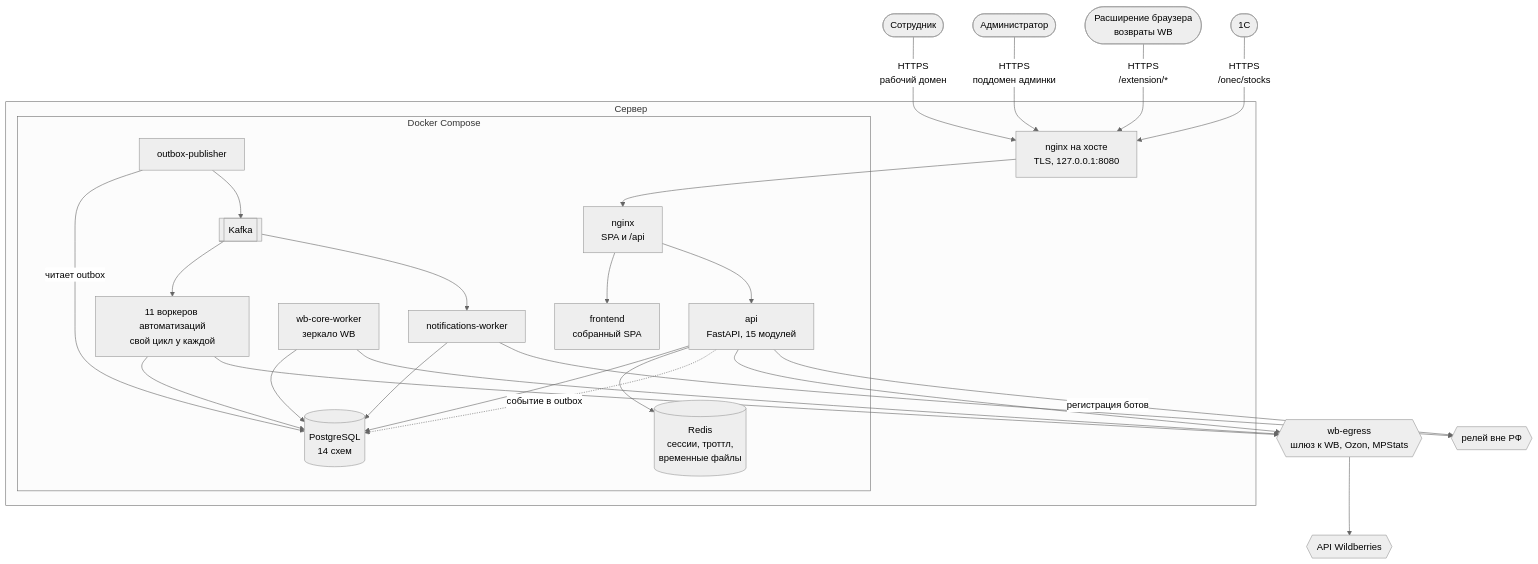
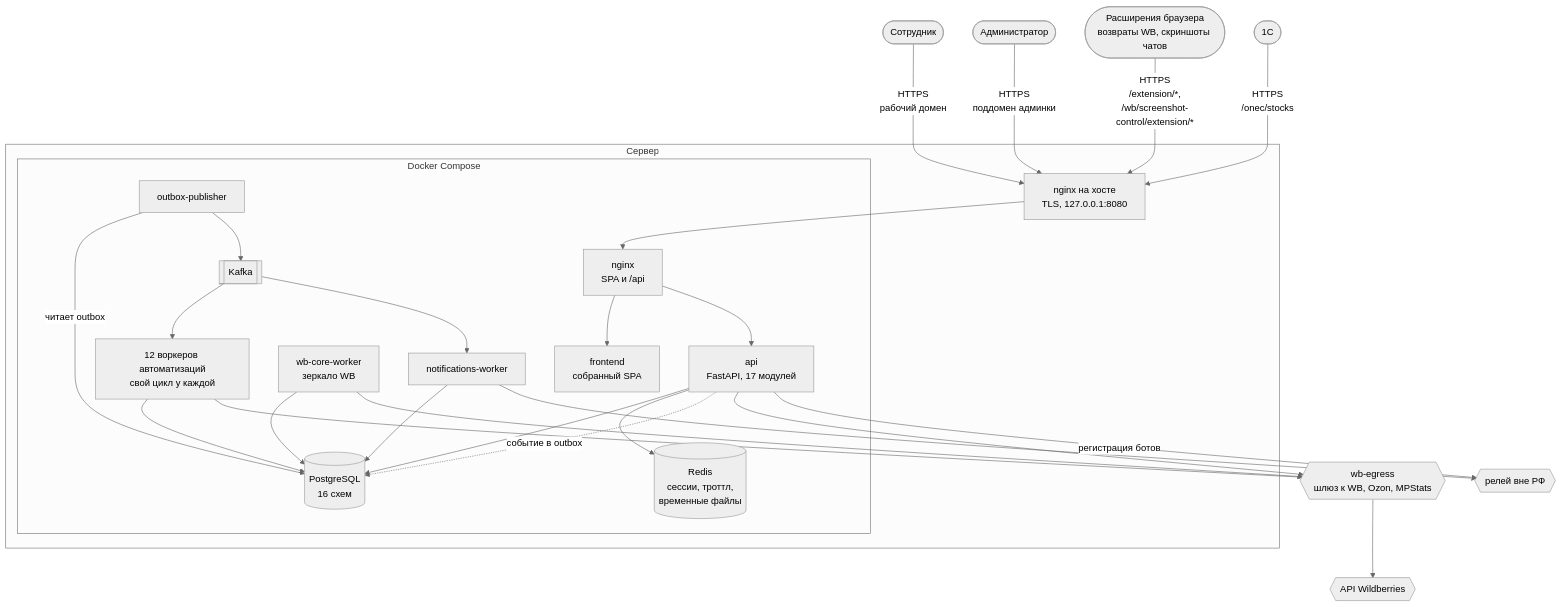
Before and after one commit to krionefishy/karbi: the diagram in docs/architecture/OVERVIEW.md, drawn with Mermaid (neutral theme). The commit also changed other lines of this file and 6 other files, not shown here.

Commit message:
Screenshot control: rollout docs, environment variables, worker and module counts, extension distribution

````diff
--- a/docs/architecture/OVERVIEW.md
+++ b/docs/architecture/OVERVIEW.md
@@ -3,52 +3,52 @@
 ```mermaid
 flowchart TB
     operator([Сотрудник]) -->|"HTTPS<br/>рабочий домен"| host
     admin([Администратор]) -->|"HTTPS<br/>поддомен админки"| host
-    ext([Расширение браузера<br/>возвраты WB]) -->|"HTTPS<br/>/extension/*"| host
+    ext([Расширения браузера<br/>возвраты WB, скриншоты чатов]) -->|"HTTPS<br/>/extension/*,<br/>/wb/screenshot-control/extension/*"| host
     onec([1С]) -->|"HTTPS<br/>/onec/stocks"| host
 
     subgraph host_server["Сервер"]
         host["nginx на хосте<br/>TLS, 127.0.0.1:8080"]
 
         subgraph compose["Docker Compose"]
             edge["nginx<br/>SPA и /api"]
             spa["frontend<br/>собранный SPA"]
-            api["api<br/>FastAPI, 15 модулей"]
+            api["api<br/>FastAPI, 17 модулей"]
             core["wb-core-worker<br/>зеркало WB"]
-            workers["11 воркеров автоматизаций<br/>свой цикл у каждой"]
+            workers["12 воркеров автоматизаций<br/>свой цикл у каждой"]
             notifications["notifications-worker"]
             outbox["outbox-publisher"]
 
-            pg[("PostgreSQL<br/>14 схем")]
+            pg[("PostgreSQL<br/>16 схем")]
             redis[("Redis<br/>сессии, троттл,<br/>временные файлы")]
             kafka[["Kafka"]]
         end
     end
 
     egress{{"wb-egress<br/>шлюз к WB, Ozon, MPStats"}}
     wb{{"API Wildberries"}}
     relay{{"релей вне РФ"}}
 
     host --> edge
     edge --> spa
     edge --> api
 
     api --> pg
     api --> redis
     api -.->|"событие в outbox"| pg
     outbox -->|"читает outbox"| pg
     outbox --> kafka
 
     core --> pg
     core --> egress
     workers --> pg
     workers --> egress
     api --> egress
     egress --> wb
 
     kafka --> workers
     kafka --> notifications
     notifications --> pg
     notifications --> relay
     api -->|"регистрация ботов"| relay
 ```
````
